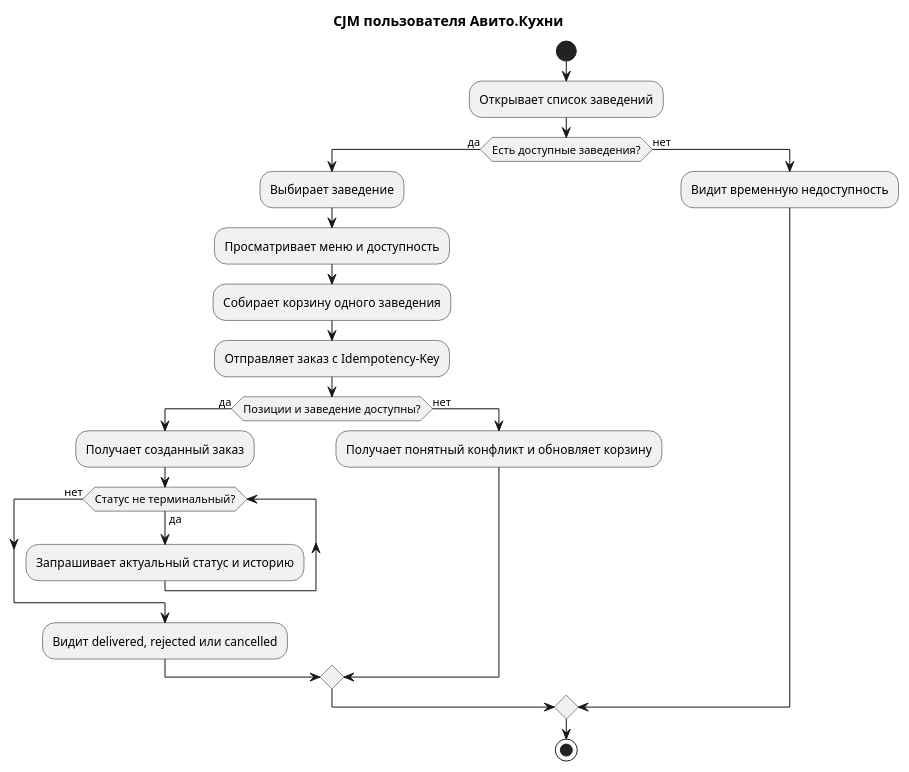
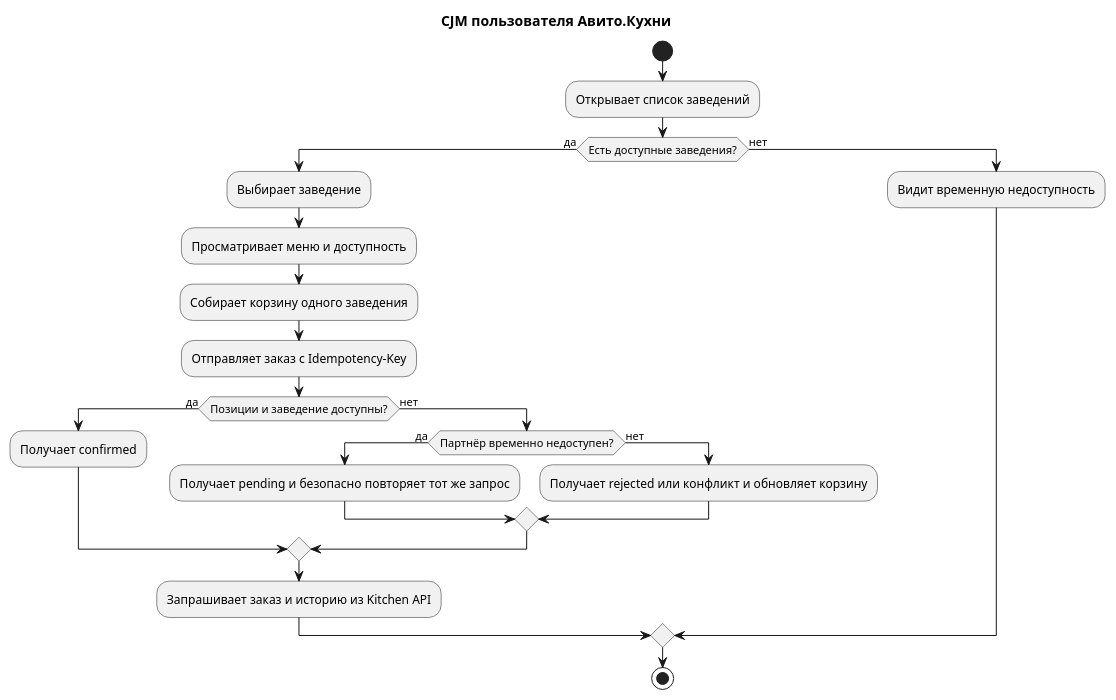
Before and after one commit to Waydss/kitchen: the diagram in docs/cjm-user.puml, drawn with PlantUML. The commit also changed 29 other files, not shown here.

```diff
--- a/docs/cjm-user.puml
+++ b/docs/cjm-user.puml
@@ -1,23 +1,24 @@
 @startuml
 title CJM пользователя Авито.Кухни
 start
 :Открывает список заведений;
 if (Есть доступные заведения?) then (да)
   :Выбирает заведение;
   :Просматривает меню и доступность;
   :Собирает корзину одного заведения;
   :Отправляет заказ с Idempotency-Key;
   if (Позиции и заведение доступны?) then (да)
-    :Получает созданный заказ;
-    while (Статус не терминальный?) is (да)
-      :Запрашивает актуальный статус и историю;
-    endwhile (нет)
-    :Видит delivered, rejected или cancelled;
+    :Получает confirmed;
   else (нет)
-    :Получает понятный конфликт и обновляет корзину;
+    if (Партнёр временно недоступен?) then (да)
+      :Получает pending и безопасно повторяет тот же запрос;
+    else (нет)
+      :Получает rejected или конфликт и обновляет корзину;
+    endif
   endif
+  :Запрашивает заказ и историю из Kitchen API;
 else (нет)
   :Видит временную недоступность;
 endif
 stop
 @enduml
```
